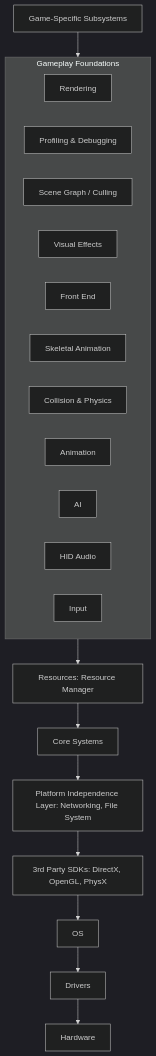
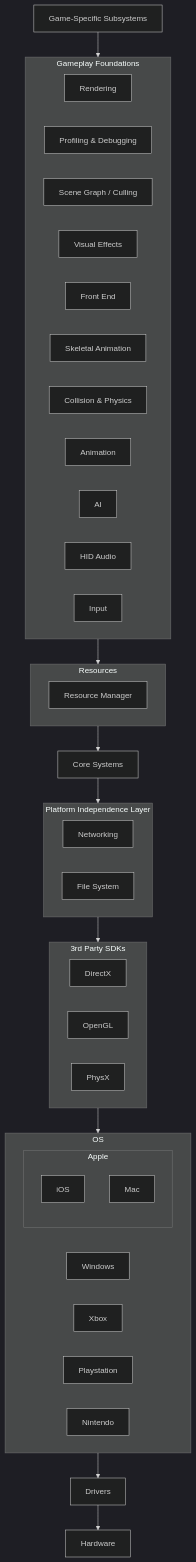
Before and after one commit to islamhaqq/UnrealEngineDeepDive: the diagram in README.md, drawn with Mermaid (dark theme).

````diff
--- a/README.md
+++ b/README.md
@@ -43,32 +43,50 @@
 ```mermaid
 flowchart TD
     A[Game-Specific Subsystems]
     subgraph B[Gameplay Foundations]
         B1[Rendering]
         B2[Profiling & Debugging]
         B3[Scene Graph / Culling]
         B4[Visual Effects]
         B5[Front End]
         B6[Skeletal Animation]
         B7[Collision & Physics]
         B8[Animation]
         B9[AI]
         B10[HID Audio]
         B11[Input]
     end
-    C[Resources: Resource Manager]
+    subgraph C[Resources]
+    	C1[Resource Manager]
+    end
     D[Core Systems]
-    E[Platform Independence Layer: Networking, File System]
-    F[3rd Party SDKs: DirectX, OpenGL, PhysX]
-    G[OS]
+    subgraph E[Platform Independence Layer]
+    	E1[Networking]
+	E2[File System]
+    end
+    subgraph F[3rd Party SDKs]
+    	F1[DirectX]
+	F2[OpenGL]
+	F3[PhysX]
+    end
+    subgraph G[OS]
+    	G1[Windows]
+	subgraph G2[Apple]
+		G2A[iOS]
+		G2B[Mac]
+	end
+	G3[Xbox]
+	G4[Playstation]
+	G5[Nintendo]
+    end
     H[Drivers]
     I[Hardware]
     A --> B
     B --> C
     C --> D
     D --> E
     E --> F
     F --> G
     G --> H
     H --> I
 ```
````
